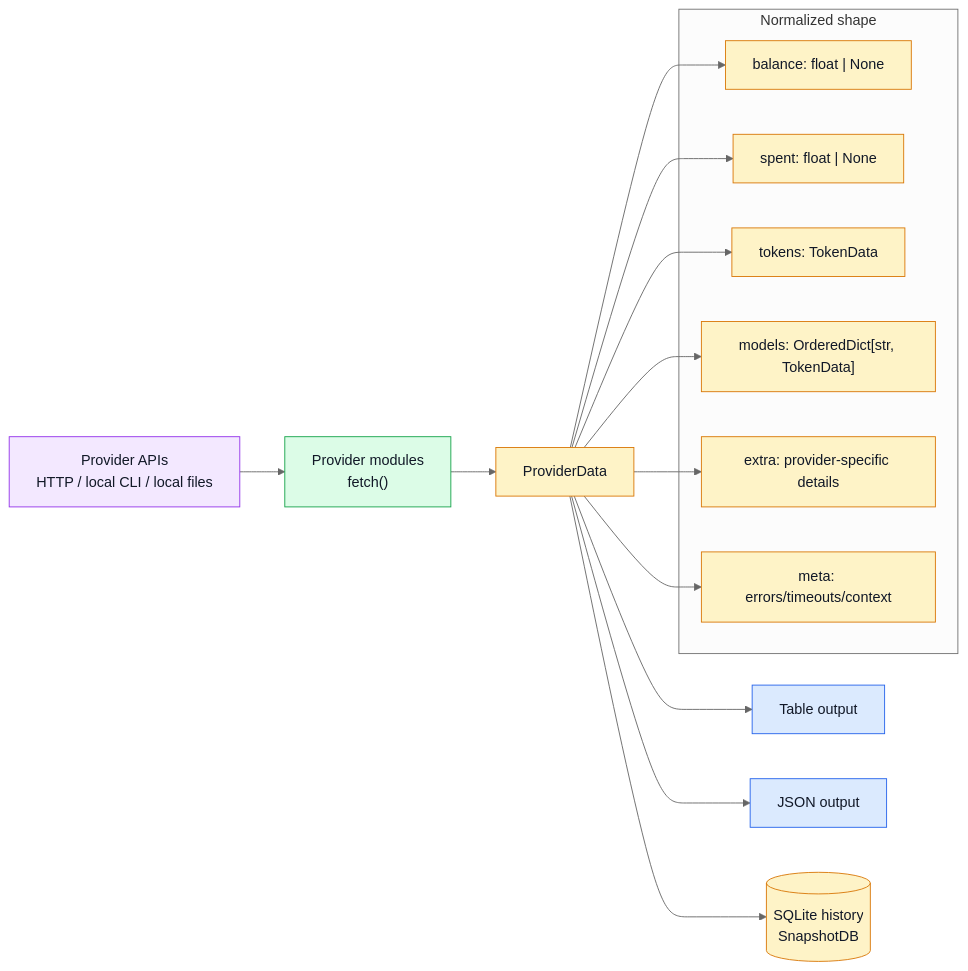
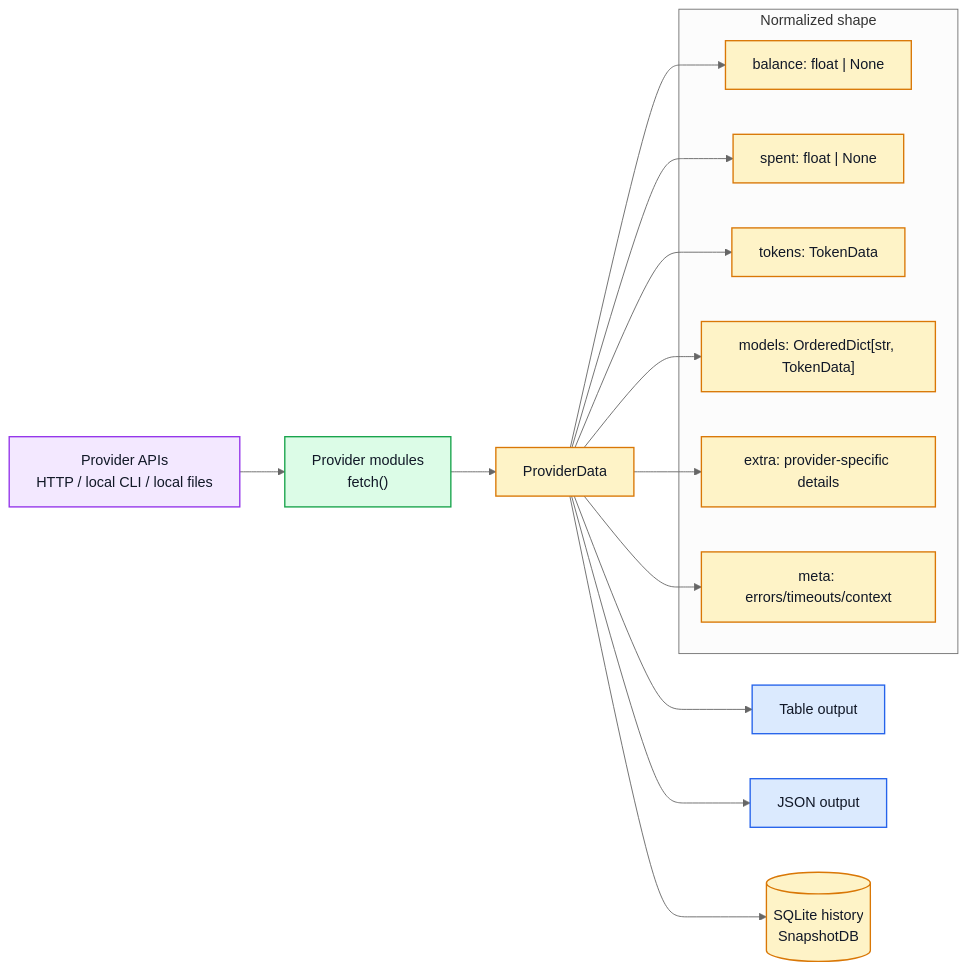
Before and after one commit to michaelnicks0/ai-usage: the first of 3 diagrams in docs/data-architecture.md, drawn with Mermaid (neutral theme). The commit also changed other lines of this file and 1 other file, not shown here.

Commit message:
docs: normalize Mermaid diagram style

````diff
--- a/docs/data-architecture.md
+++ b/docs/data-architecture.md
@@ -14,29 +14,29 @@
 ```mermaid
 flowchart LR
-    providerApis["Provider APIs\nHTTP / local CLI / local files"]:::external --> providerModules["Provider modules\nfetch()"]:::process
+    providerApis["Provider APIs<br/>HTTP / local CLI / local files"]:::external --> providerModules["Provider modules<br/>fetch()"]:::process
     providerModules --> providerData["ProviderData"]:::datastore
     providerData --> tableOutput["Table output"]:::actor
     providerData --> jsonOutput["JSON output"]:::actor
-    providerData --> snapshotDb[("SQLite history\nSnapshotDB")]:::datastore
+    providerData --> snapshotDb[("SQLite history<br/>SnapshotDB")]:::datastore
 
     subgraph normalizedShape["Normalized shape"]
         balance["balance: float | None"]:::datastore
         spent["spent: float | None"]:::datastore
         tokens["tokens: TokenData"]:::datastore
         models["models: OrderedDict[str, TokenData]"]:::datastore
         extra["extra: provider-specific details"]:::datastore
         meta["meta: errors/timeouts/context"]:::datastore
     end
 
     providerData --> balance
     providerData --> spent
     providerData --> tokens
     providerData --> models
     providerData --> extra
     providerData --> meta
 
-    classDef actor fill:#dbeafe,stroke:#2563eb,color:#111827;
-    classDef process fill:#dcfce7,stroke:#16a34a,color:#111827;
-    classDef datastore fill:#fef3c7,stroke:#d97706,color:#111827;
-    classDef external fill:#f3e8ff,stroke:#9333ea,color:#111827;
+    classDef actor fill:#dbeafe,stroke:#2563eb,color:#111827,stroke-width:1.5px;
+    classDef process fill:#dcfce7,stroke:#16a34a,color:#111827,stroke-width:1.5px;
+    classDef datastore fill:#fef3c7,stroke:#d97706,color:#111827,stroke-width:1.5px;
+    classDef external fill:#f3e8ff,stroke:#9333ea,color:#111827,stroke-width:1.5px;
 ```
````
